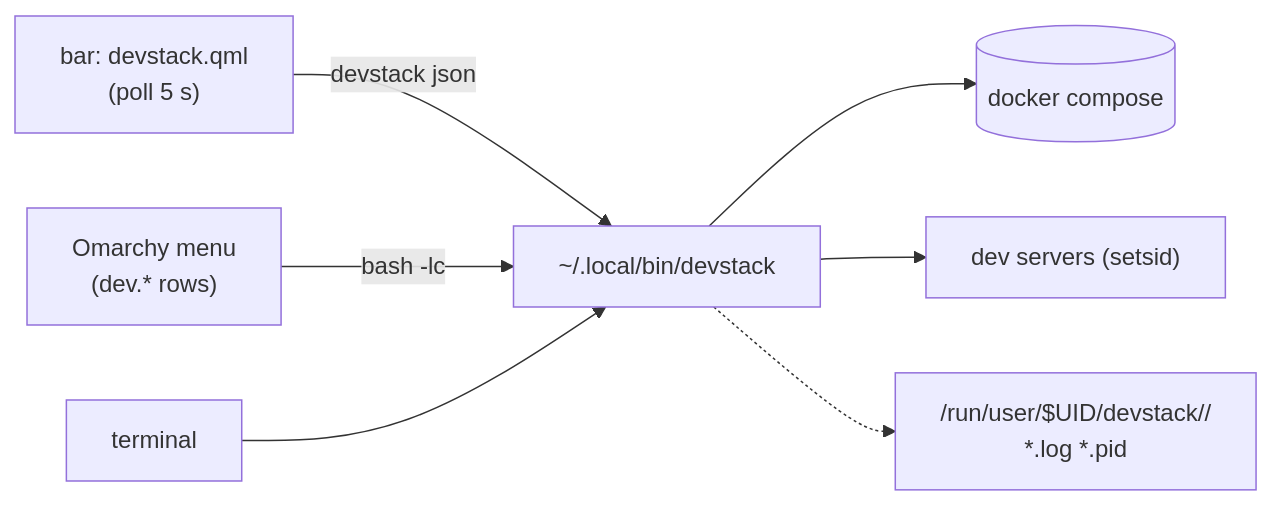
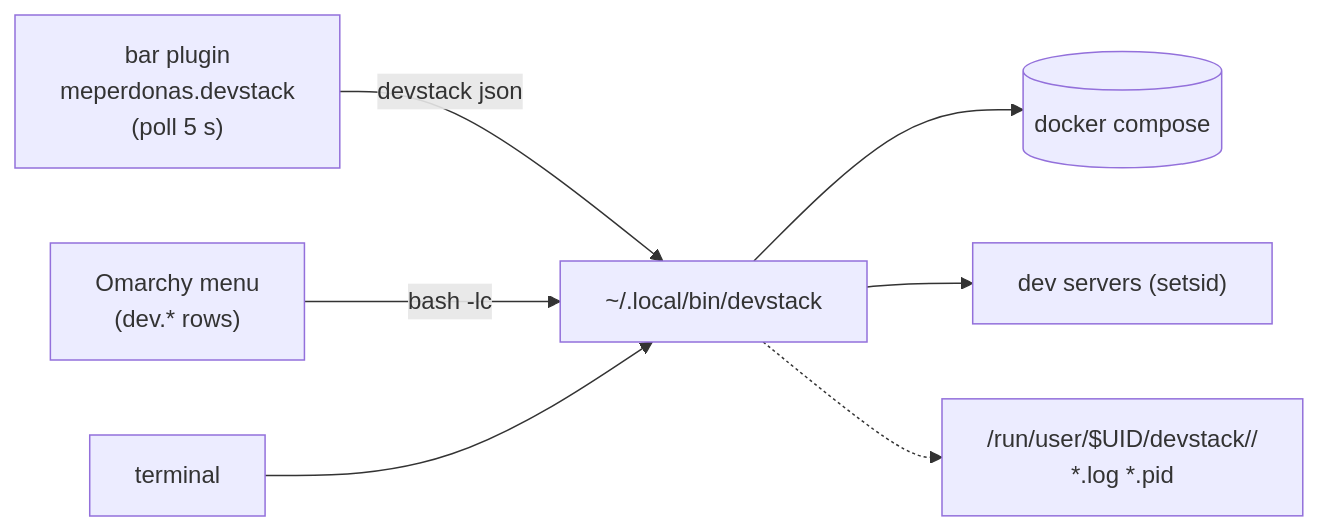
The diagram in README.md (MeperDonas/omarchy-devstack), drawn with Mermaid before and after one commit. The commit also changed other lines of this file and 4 other files, not shown here.

````diff
--- a/README.md
+++ b/README.md
@@ -150,9 +170,9 @@
 ```mermaid
 graph LR
-  W["bar: devstack.qml<br/>(poll 5 s)"] -- "devstack json" --> S["~/.local/bin/devstack"]
+  W["bar plugin<br/>meperdonas.devstack<br/>(poll 5 s)"] -- "devstack json" --> S["~/.local/bin/devstack"]
   M["Omarchy menu<br/>(dev.* rows)"] -- "bash -lc" --> S
   T["terminal"] --> S
   S --> PG[("docker compose")]
   S --> BE["dev servers (setsid)"]
   S -.-> RT["/run/user/$UID/devstack/<project>/<br/>*.log *.pid"]
 ```
````
